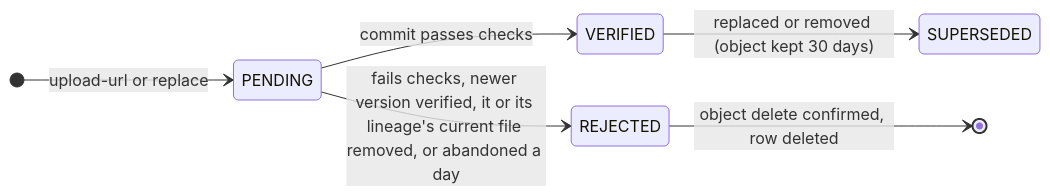
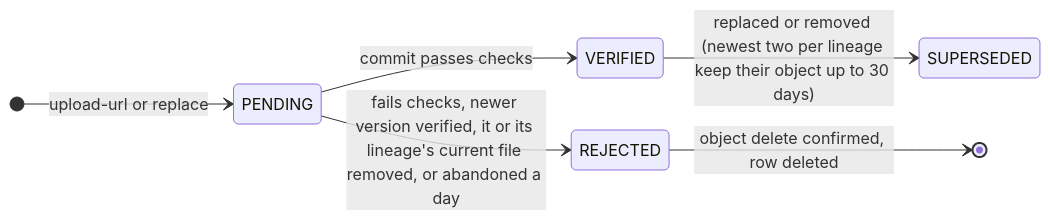
The second of 6 diagrams in docs/digital-products/01-architecture.md (Practitionist/familiarise_web), drawn with Mermaid before and after one commit. The commit also changed other lines of this file and 6 other files, not shown here.

First line of the commit message:
feat(digital-products): keep only the current and previous version's objects per file

````diff
--- a/docs/digital-products/01-architecture.md
+++ b/docs/digital-products/01-architecture.md
@@ -53,9 +53,9 @@
 ```mermaid
 stateDiagram-v2
   direction LR
   [*] --> PENDING: upload-url or replace
   PENDING --> VERIFIED: commit passes checks
   PENDING --> REJECTED: fails checks, newer version verified, it or its lineage's current file removed, or abandoned a day
   REJECTED --> [*]: object delete confirmed, row deleted
-  VERIFIED --> SUPERSEDED: replaced or removed (object kept 30 days)
+  VERIFIED --> SUPERSEDED: replaced or removed (newest two per lineage keep their object up to 30 days)
 ```
````
